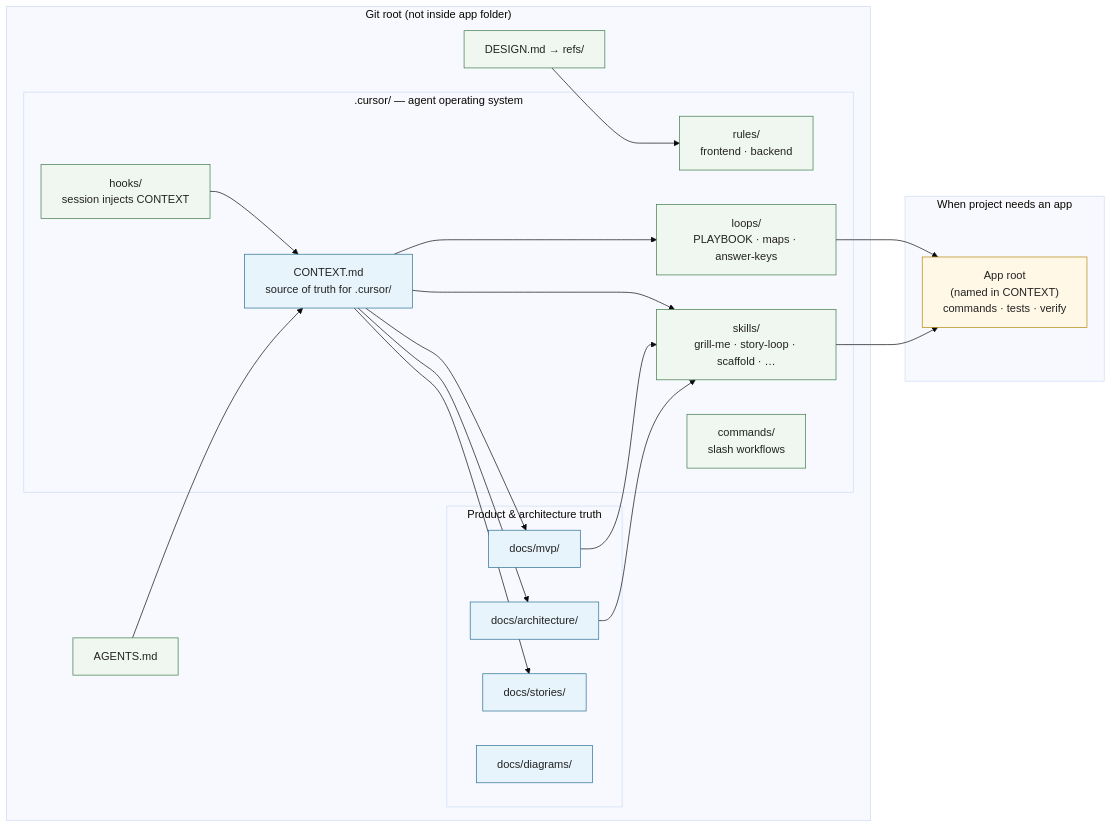
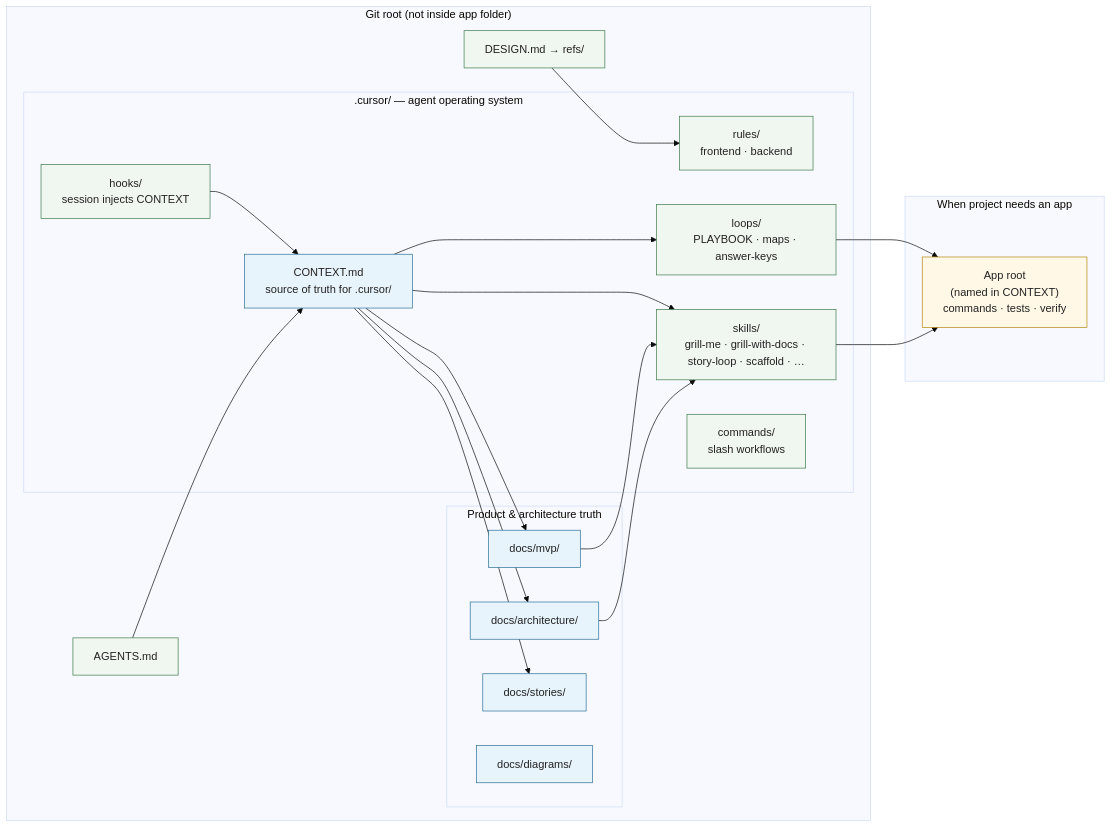
Before and after one commit to fukephp/esy_framework: the diagram in docs/diagrams/truth-map.md, drawn with Mermaid (base theme). The commit also changed other lines of this file and 17 other files, not shown here.

````diff
--- a/docs/diagrams/truth-map.md
+++ b/docs/diagrams/truth-map.md
@@ -5,48 +5,48 @@
 ```mermaid
 flowchart LR
   subgraph gitRoot["Git root (not inside app folder)"]
     subgraph docsTruth["Product & architecture truth"]
       mvp["docs/mvp/"]
       arch["docs/architecture/"]
       stories["docs/stories/"]
       diagrams["docs/diagrams/"]
     end
 
     subgraph cursorLayer[".cursor/ — agent operating system"]
       context["CONTEXT.md<br/>source of truth for .cursor/"]
       rules["rules/<br/>frontend · backend"]
-      skills["skills/<br/>grill-me · story-loop · scaffold · …"]
+      skills["skills/<br/>grill-me · grill-with-docs · story-loop · scaffold · …"]
       loops["loops/<br/>PLAYBOOK · maps · answer-keys"]
       commands["commands/<br/>slash workflows"]
       hooks["hooks/<br/>session injects CONTEXT"]
     end
 
     agents["AGENTS.md"]
     design["DESIGN.md → refs/"]
   end
 
   subgraph appSide["When project needs an app"]
     appRoot["App root<br/>(named in CONTEXT)<br/>commands · tests · verify"]
   end
 
   hooks --> context
   context --> mvp
   context --> arch
   context --> stories
   context --> skills
   context --> loops
   agents --> context
   design --> rules
   mvp --> skills
   arch --> skills
   loops --> appRoot
   skills --> appRoot
 
   classDef truth fill:#e8f4fc,stroke:#2a6f97,color:#222
   classDef ops fill:#f0f7f0,stroke:#3d7a4a,color:#222
   classDef app fill:#fff8e6,stroke:#b8860b,color:#222
 
   class mvp,arch,stories,diagrams,context truth
   class rules,skills,loops,commands,hooks,agents,design ops
   class appRoot app
 ```
````
